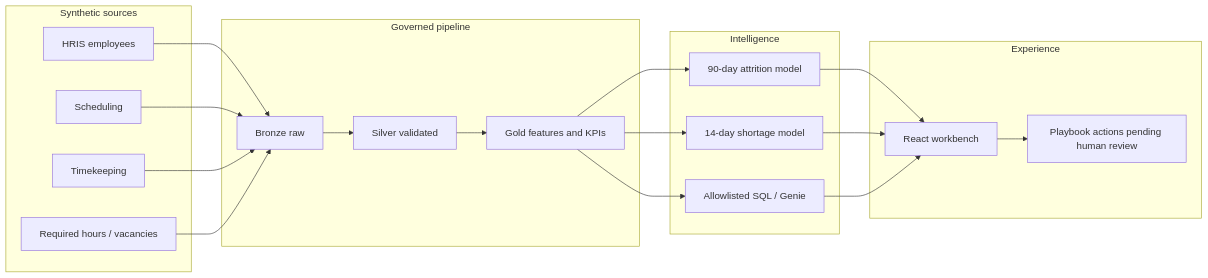
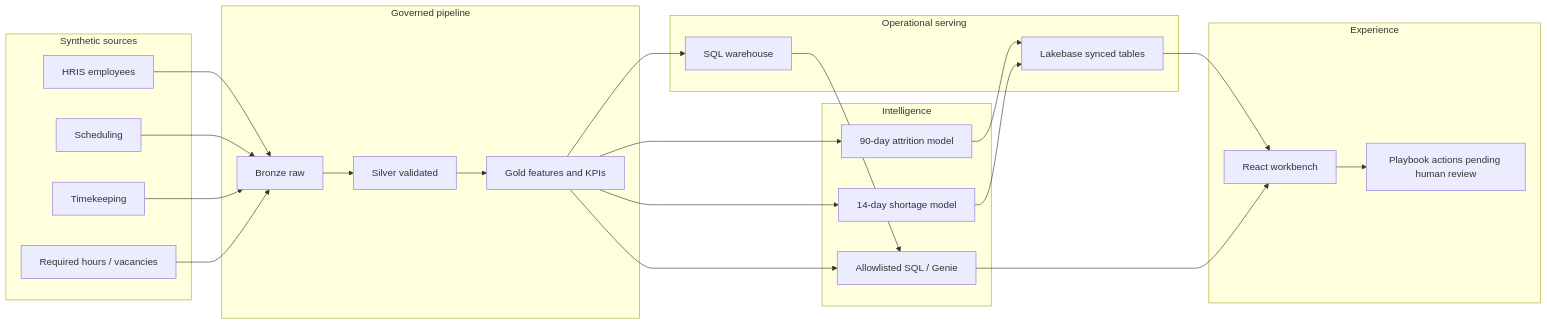
One commit to ramiz-bozai/healthcare-workforce-retention changed the diagram in docs/architecture.md. Above: the diagram before and after it, drawn with Mermaid. The commit also changed other lines of this file and 12 other files, not shown here.

````diff
--- a/docs/architecture.md
+++ b/docs/architecture.md
@@ -22,35 +23,41 @@
 ```mermaid
 flowchart LR
   subgraph sources [Synthetic sources]
     HRIS[HRIS employees]
     SCH[Scheduling]
     TK[Timekeeping]
     OPS[Required hours / vacancies]
   end
   subgraph medallion [Governed pipeline]
     B[Bronze raw]
     S[Silver validated]
     G[Gold features and KPIs]
   end
   subgraph intel [Intelligence]
     M1[90-day attrition model]
     M2[14-day shortage model]
     SQL[Allowlisted SQL / Genie]
   end
+  subgraph serving [Operational serving]
+    LB[Lakebase synced tables]
+    WH[SQL warehouse]
+  end
   subgraph ux [Experience]
     APP[React workbench]
     ACT[Playbook actions pending human review]
   end
   HRIS --> B
   SCH --> B
   TK --> B
   OPS --> B
   B --> S --> G
   G --> M1
   G --> M2
   G --> SQL
-  M1 --> APP
-  M2 --> APP
-  SQL --> APP
+  M1 --> LB
+  M2 --> LB
+  G --> WH
+  LB --> APP
+  WH --> SQL --> APP
   APP --> ACT
 ```
````
